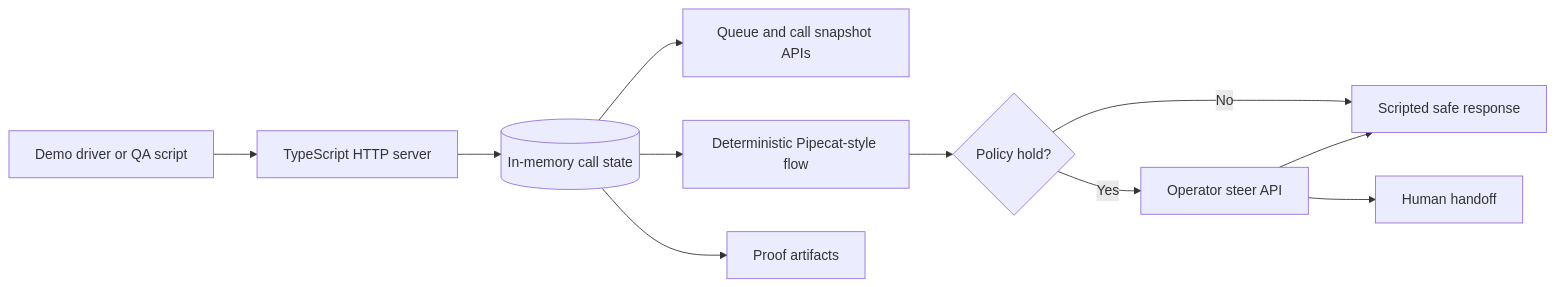
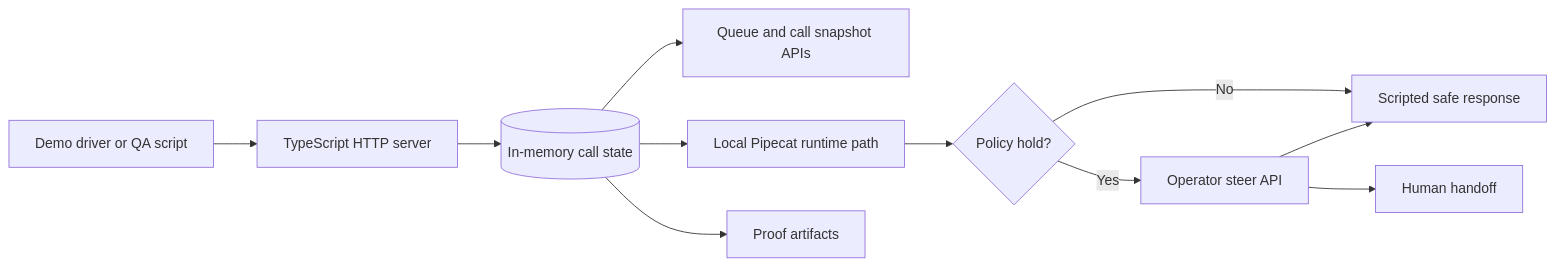
Before and after one commit to agonza1/agentic-contact-center: the diagram in README.md, drawn with Mermaid. The commit also changed other lines of this file and 19 other files, not shown here.

First line of the commit message:
Use Pipecat runtime mode for demo proof

````diff
--- a/README.md
+++ b/README.md
@@ -18,13 +18,13 @@
 ```mermaid
 flowchart LR
     driver[Demo driver or QA script] --> api[TypeScript HTTP server]
     api --> state[(In-memory call state)]
     state --> queue[Queue and call snapshot APIs]
-    state --> flow[Deterministic Pipecat-style flow]
+    state --> flow[Local Pipecat runtime path]
     flow --> hold{Policy hold?}
     hold -->|Yes| steer[Operator steer API]
     hold -->|No| response[Scripted safe response]
     steer --> response
     steer --> handoff[Human handoff]
     state --> proof[Proof artifacts]
 ```
````
